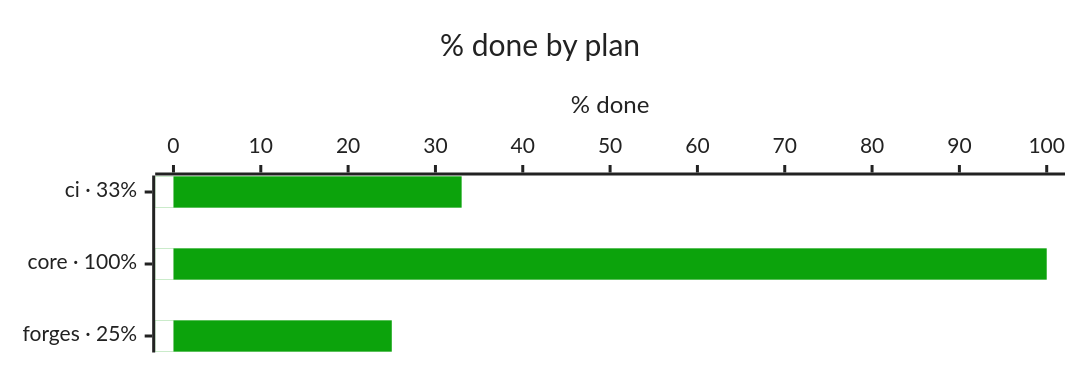
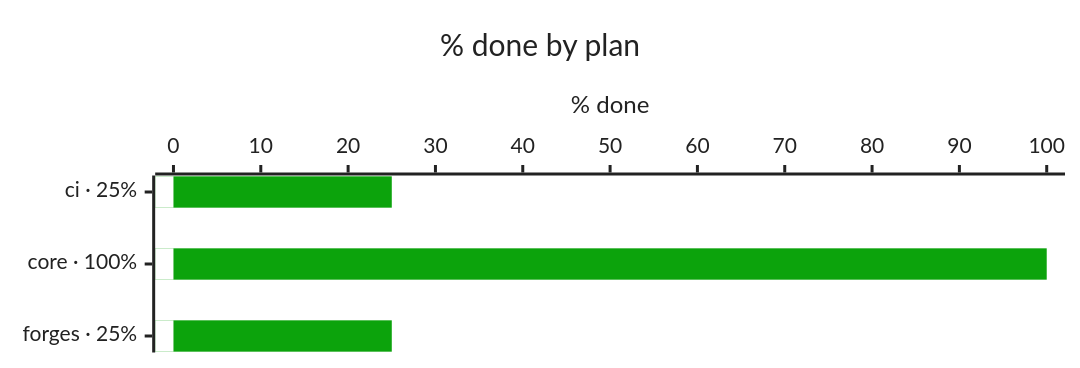
One commit to bvraghav/pmtrack changed the third of 4 diagrams in progress/README.md. Above: the diagram before and after it, drawn with Mermaid. The commit also changed other lines of this file and 5 other files, not shown here.

````diff
--- a/progress/README.md
+++ b/progress/README.md
@@ -32,9 +32,9 @@
 ```mermaid
 %%{init: {"themeVariables": {"xyChart": {"backgroundColor": "#ffffff", "titleColor": "#222222", "plotColorPalette": "#0ca30c,#ffffff", "xAxisLabelColor": "#222222", "xAxisTitleColor": "#222222", "xAxisTickColor": "#222222", "xAxisLineColor": "#222222", "yAxisLabelColor": "#222222", "yAxisTitleColor": "#222222", "yAxisTickColor": "#222222", "yAxisLineColor": "#222222"}}, "xyChart": {"height": 225}}}%%
 xychart-beta horizontal
   title "% done by plan"
-  x-axis ["ci · 33%", "core · 100%", "forges · 25%"]
+  x-axis ["ci · 25%", "core · 100%", "forges · 25%"]
   y-axis "% done" 0 --> 100
-  bar [33, 100, 25]
+  bar [25, 100, 25]
   bar [0, 0, 0]
 ```
````
